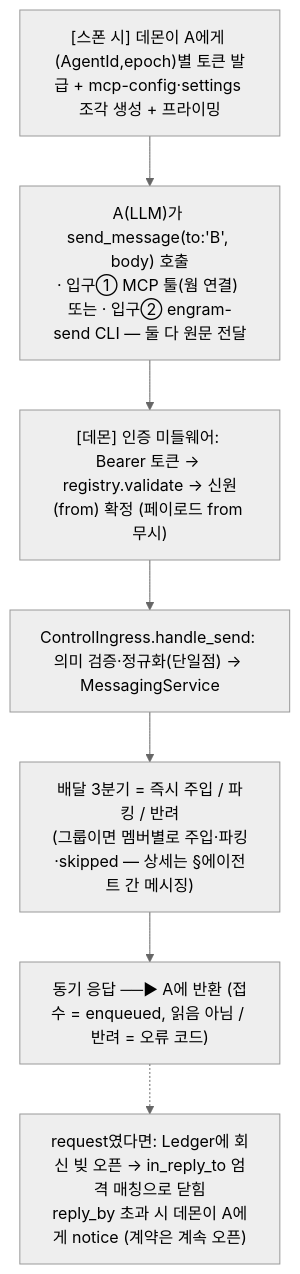
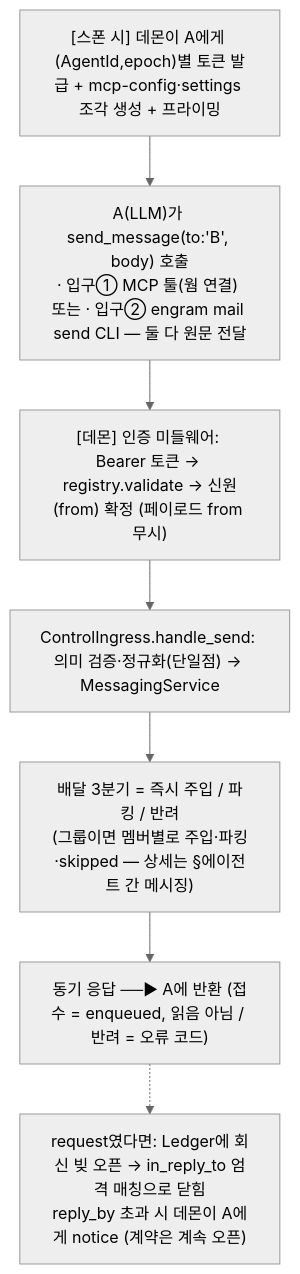
One commit to kimsunzun/engram-dashboard changed diagram 20 of 20 in docs/reference/architecture-overview.md. Above: the diagram before and after it, drawn with Mermaid (neutral theme). The commit also changed other lines of this file and 27 other files, not shown here.

````diff
--- a/docs/reference/architecture-overview.md
+++ b/docs/reference/architecture-overview.md
@@ -619,13 +619,13 @@
 ```mermaid
 flowchart TD
   M1["[스폰 시] 데몬이 A에게 (AgentId,epoch)별 토큰 발급 + mcp-config·settings 조각 생성 + 프라이밍"]
-  M2["A(LLM)가 send_message(to:'B', body) 호출<br/>· 입구① MCP 툴(웜 연결) 또는 · 입구② engram-send CLI — 둘 다 원문 전달"]
+  M2["A(LLM)가 send_message(to:'B', body) 호출<br/>· 입구① MCP 툴(웜 연결) 또는 · 입구② engram mail send CLI — 둘 다 원문 전달"]
   M3["[데몬] 인증 미들웨어: Bearer 토큰 → registry.validate → 신원(from) 확정 (페이로드 from 무시)"]
   M4["ControlIngress.handle_send: 의미 검증·정규화(단일점) → MessagingService"]
   M5["배달 3분기 = 즉시 주입 / 파킹 / 반려<br/>(그룹이면 멤버별로 주입·파킹·skipped — 상세는 §에이전트 간 메시징)"]
   M6["동기 응답 ──▶ A에 반환 (접수 = enqueued, 읽음 아님 / 반려 = 오류 코드)"]
   M7["request였다면: Ledger에 회신 빚 오픈 → in_reply_to 엄격 매칭으로 닫힘<br/>reply_by 초과 시 데몬이 A에게 notice (계약은 계속 오픈)"]
 
   M1 --> M2 --> M3 --> M4 --> M5 --> M6
   M6 -.-> M7
 ```
````
